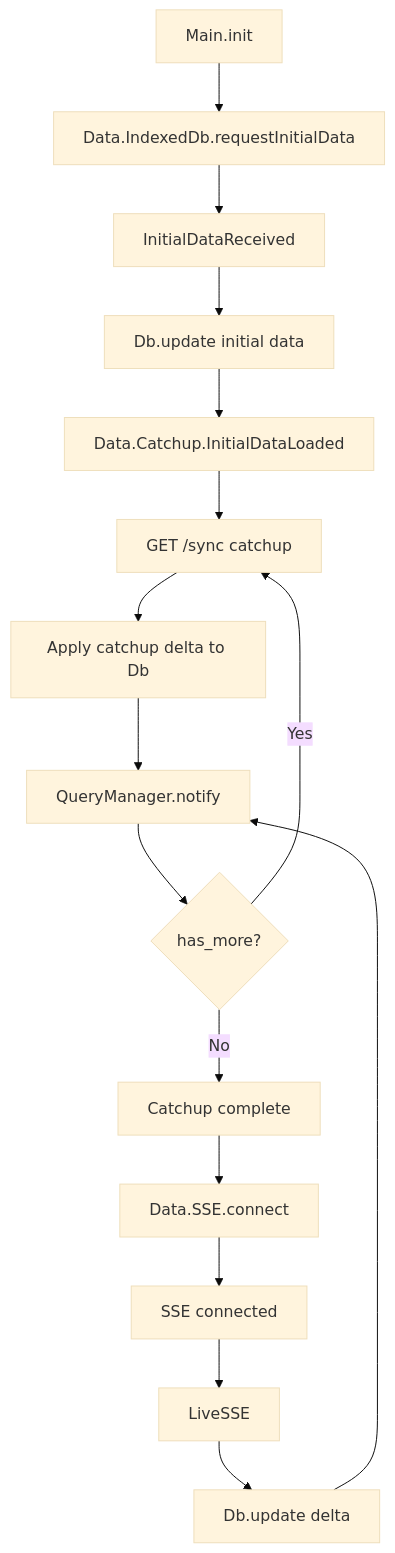
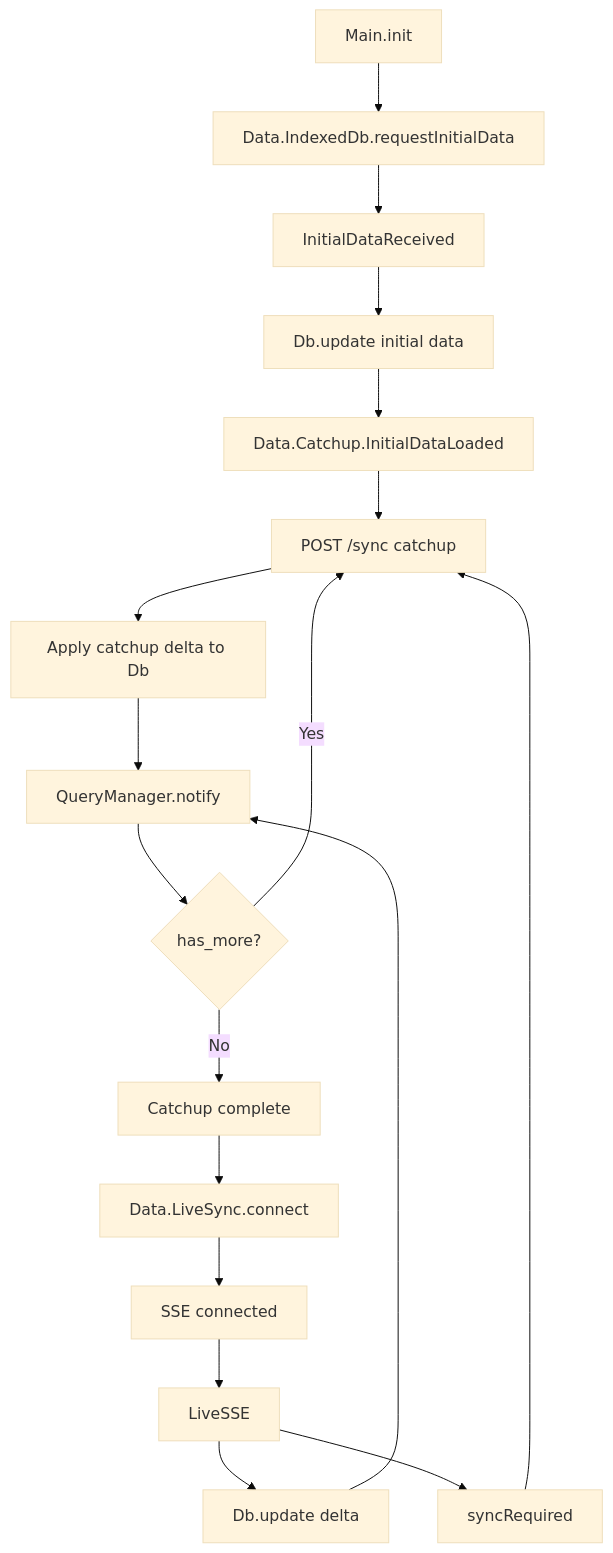
The diagram in packages/client/docs/SYNC_BEHAVIOR.md (mdgriffith/pyre-ql), drawn with Mermaid (base theme) before and after one commit. The commit also changed other lines of this file and 26 other files, not shown here.

````diff
--- a/packages/client/docs/SYNC_BEHAVIOR.md
+++ b/packages/client/docs/SYNC_BEHAVIOR.md
@@ -30,21 +31,23 @@
 ```mermaid
 flowchart TD
     MainInit[Main.init] --> IndexedDbReq[Data.IndexedDb.requestInitialData]
     IndexedDbReq --> IndexedDbReply[InitialDataReceived]
     IndexedDbReply --> DbInit[Db.update initial data]
     DbInit --> CatchupInit[Data.Catchup.InitialDataLoaded]
 
-    CatchupInit --> CatchupFetch[GET /sync catchup]
+    CatchupInit --> CatchupFetch[POST /sync catchup]
     CatchupFetch --> CatchupDelta[Apply catchup delta to Db]
     CatchupDelta --> QueryNotify[QueryManager.notify]
     QueryNotify --> HasMore{has_more?}
     HasMore -->|Yes| CatchupFetch
     HasMore -->|No| CatchupDone[Catchup complete]
 
-    CatchupDone --> SSEConnect[Data.SSE.connect]
+    CatchupDone --> SSEConnect[Data.LiveSync.connect]
     SSEConnect --> SSEConnected[SSE connected]
     SSEConnected --> LiveSSE
 
     LiveSSE --> DbDelta[Db.update delta]
     DbDelta --> QueryNotify
+    LiveSSE --> SyncRequired[syncRequired]
+    SyncRequired --> CatchupFetch
 ```
````
